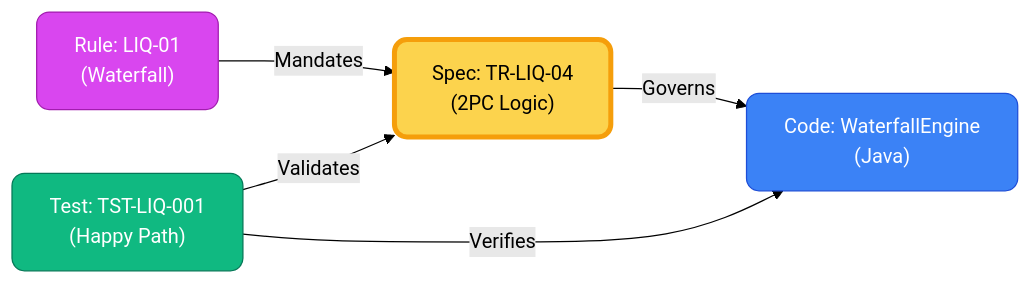
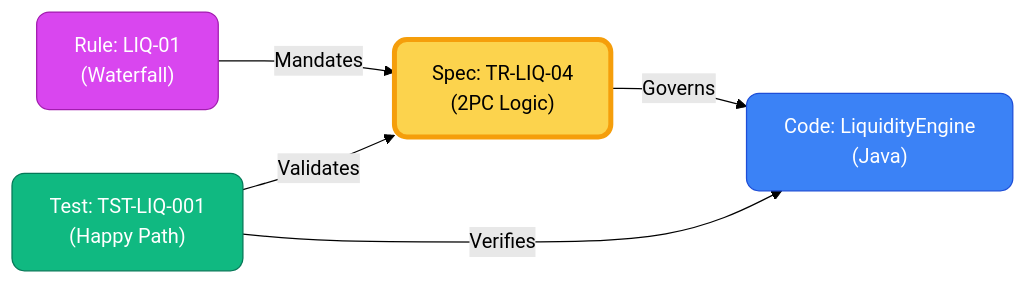
Before and after one commit to nnworkspace/presentations: the fifth of 7 diagrams in elan_intro.md, drawn with Mermaid (forest theme).

Commit message:
change a wording

````diff
--- a/elan_intro.md
+++ b/elan_intro.md
@@ -658,17 +658,17 @@
 ```mermaid {scale: 0.7}
 flowchart LR
     RULE["Rule: LIQ-01<br>(Waterfall)"]:::legal
     SPEC["Spec: TR-LIQ-04<br>(2PC Logic)"]:::spec
-    CODE["Code: WaterfallEngine<br>(Java)"]:::code
+    CODE["Code: LiquidityEngine<br>(Java)"]:::code
     TEST["Test: TST-LIQ-001<br>(Happy Path)"]:::test
 
     RULE -->|Mandates| SPEC
     SPEC -->|Governs| CODE
     TEST -->|Verifies| CODE
     TEST -->|Validates| SPEC
 
     classDef legal fill:#d946ef,stroke:#a21caf,color:white,rx:10,ry:10
     classDef spec fill:#FCD34D,stroke:#F59E0B,stroke-width:4px,color:black,rx:10,ry:10
     classDef code fill:#3b82f6,stroke:#1d4ed8,color:white,rx:10,ry:10
     classDef test fill:#10b981,stroke:#047857,color:white,rx:10,ry:10
 ```
````
